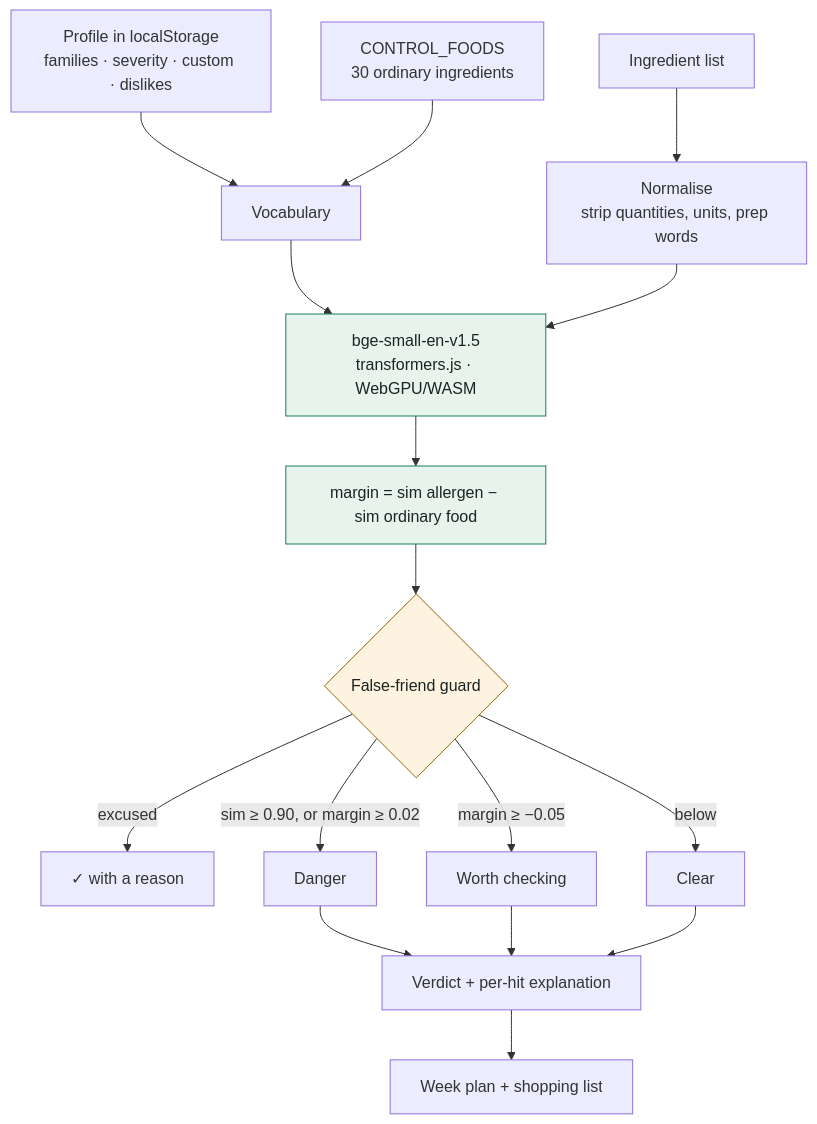
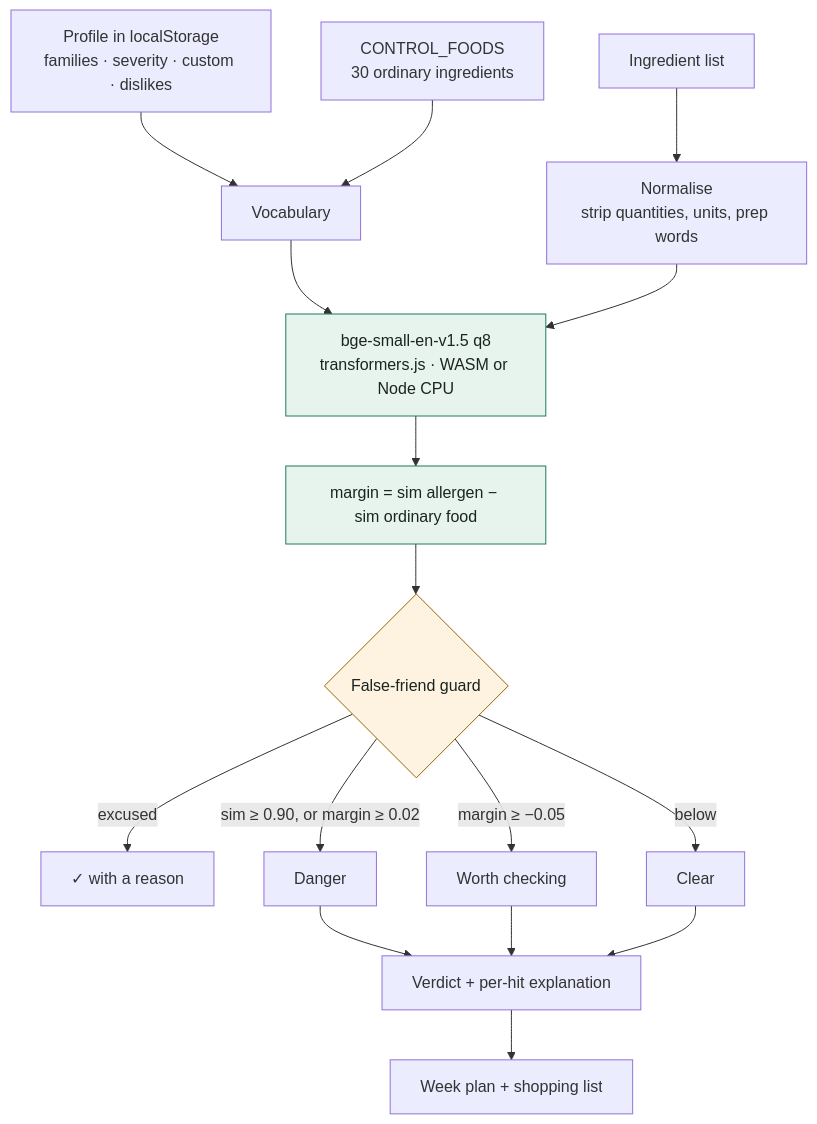
One commit to VanshajPoonia/safeplate changed the diagram in README.md. Above: the diagram before and after it, drawn with Mermaid. The commit also changed other lines of this file and 3 other files, not shown here.

````diff
--- a/README.md
+++ b/README.md
@@ -99,20 +104,20 @@
 ```mermaid
 flowchart TB
   P[Profile in localStorage<br/>families · severity · custom · dislikes] --> W[Vocabulary]
   C[CONTROL_FOODS<br/>30 ordinary ingredients] --> W
   I[Ingredient list] --> N[Normalise<br/>strip quantities, units, prep words]
-  W --> E[bge-small-en-v1.5<br/>transformers.js · WebGPU/WASM]
+  W --> E[bge-small-en-v1.5 q8<br/>transformers.js · WASM or Node CPU]
   N --> E
   E --> M[margin = sim allergen − sim ordinary food]
   M --> G{False-friend guard}
   G -->|excused| X[✓ with a reason]
   G -->|sim ≥ 0.90, or margin ≥ 0.02| D[Danger]
   G -->|margin ≥ −0.05| K[Worth checking]
   G -->|below| S[Clear]
   D & K & S --> V[Verdict + per-hit explanation]
   V --> Z[Week plan + shopping list]
 
   style E fill:#e7f4ee,stroke:#1f7a5c,color:#1b2420
   style M fill:#e7f4ee,stroke:#1f7a5c,color:#1b2420
   style G fill:#fdf3e0,stroke:#9a6400,color:#1b2420
 ```
````
